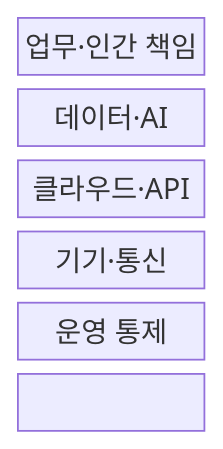
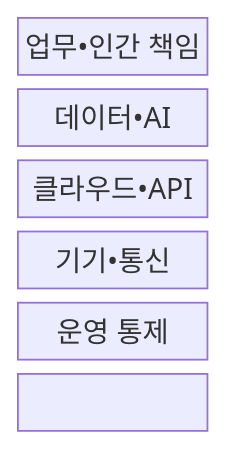
One commit to agnusdei1207/knowledge-base changed the first of 2 diagrams in src/content/docs/notes/06-evaluation/046_intelligent_it_audit.md. Above: the diagram before and after it, drawn with Mermaid. The commit also changed other lines of this file and 953 other files, not shown here.

````diff
--- a/src/content/docs/notes/06-evaluation/046_intelligent_it_audit.md
+++ b/src/content/docs/notes/06-evaluation/046_intelligent_it_audit.md
@@ -67,11 +67,11 @@
 ```mermaid
 block-beta
   columns 1
-  H["업무·인간 책임"]
-  D["데이터·AI"]
-  C["클라우드·API"]
-  I["기기·통신"]
+  H["업무•인간 책임"]
+  D["데이터•AI"]
+  C["클라우드•API"]
+  I["기기•통신"]
   O["운영 통제"]
   H --> D --> C
   C --> I --> O
 ```
````
